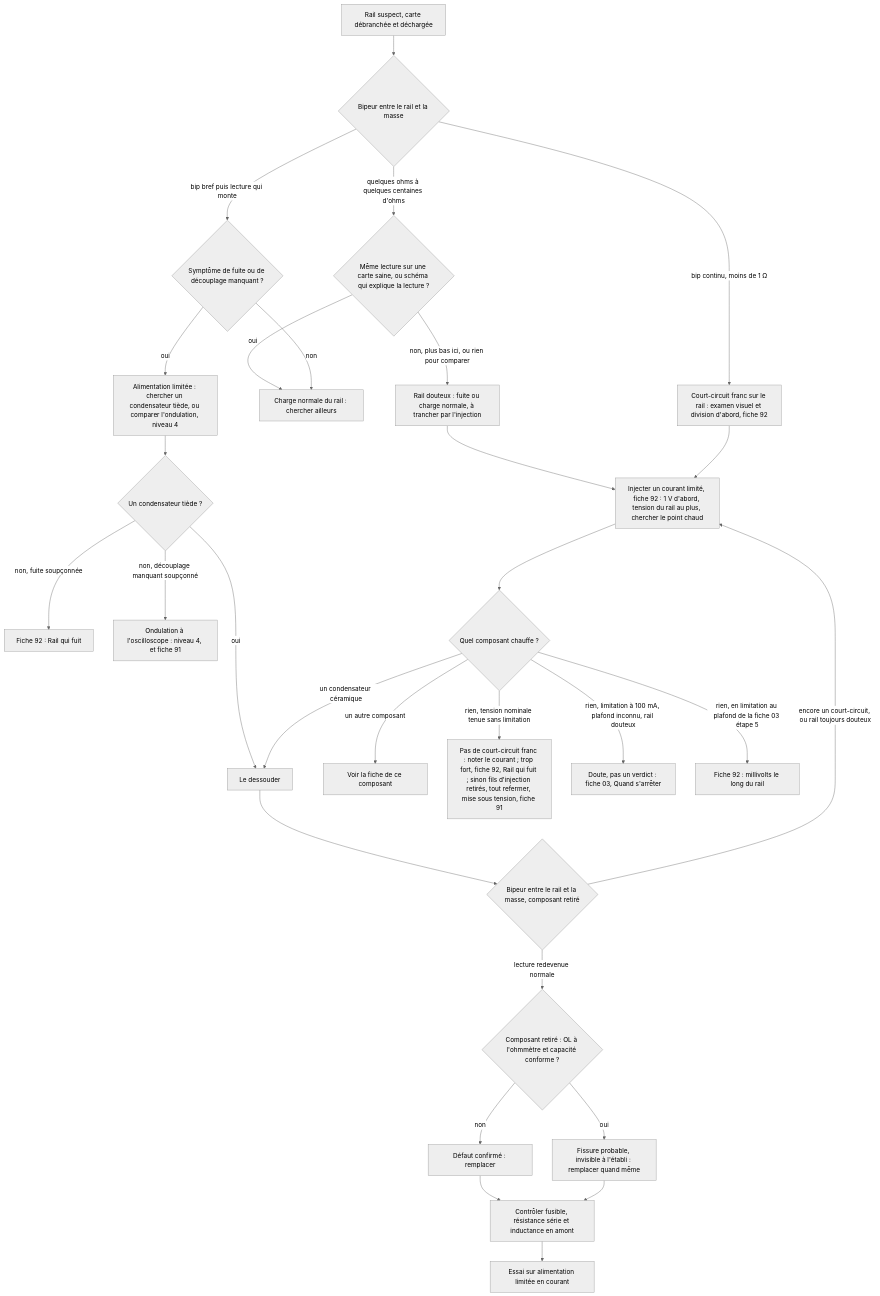
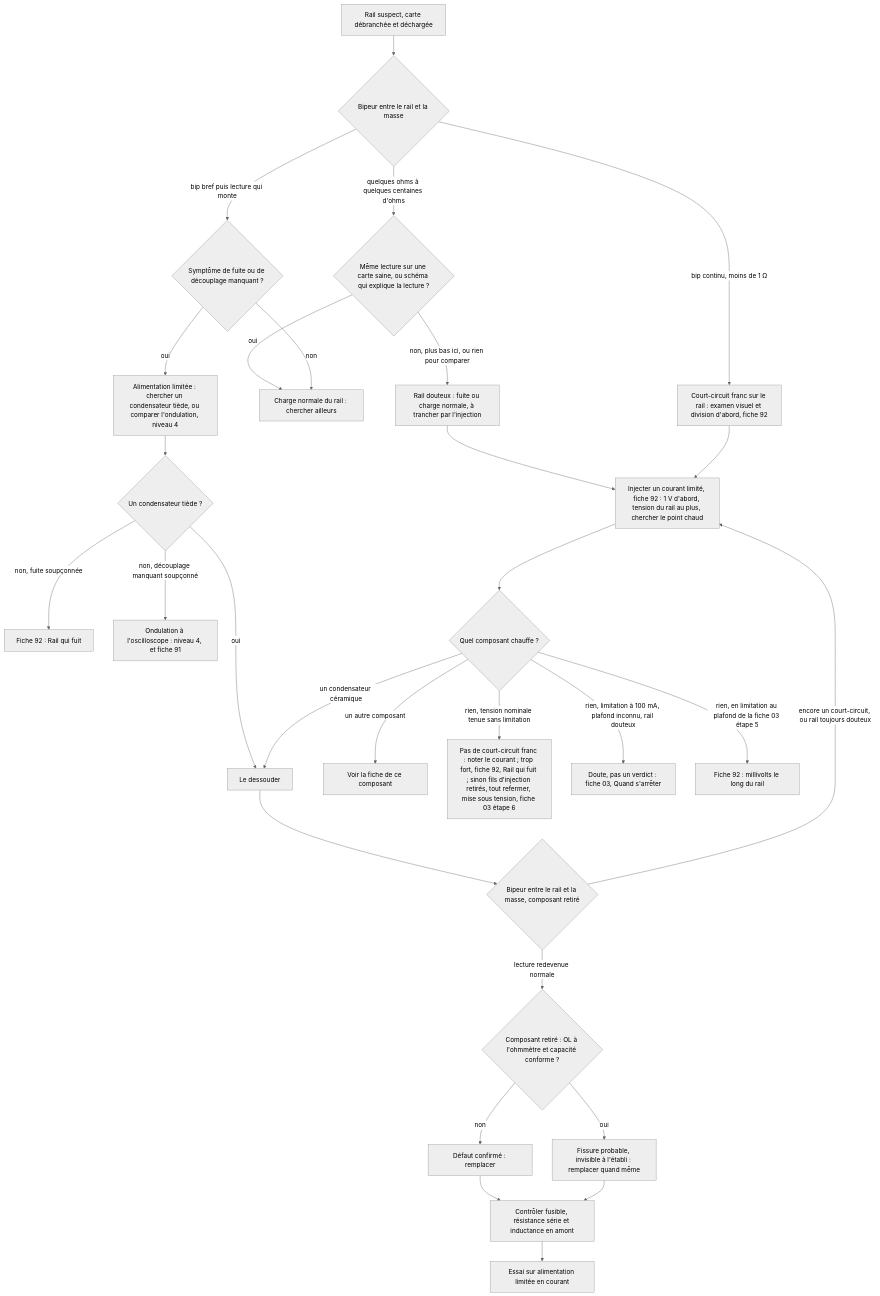
Before and after one commit to benoit-bremaud/ohm-sweet-ohm: the diagram in troubleshooting/20_condensateur_ceramique/README.md, drawn with Mermaid (neutral theme). The commit also changed other lines of this file and 5 other files, not shown here.

````diff
--- a/troubleshooting/20_condensateur_ceramique/README.md
+++ b/troubleshooting/20_condensateur_ceramique/README.md
@@ -166,31 +166,31 @@
 ```mermaid
 flowchart TD
   A[Rail suspect, carte débranchée et déchargée] --> B{Bipeur entre le rail et la masse}
   B -- bip continu, moins de 1 Ω --> C[Court-circuit franc sur le rail : examen visuel et division d'abord, fiche 92]
   B -- quelques ohms à quelques centaines d'ohms --> D{Même lecture sur une carte saine, ou schéma qui explique la lecture ?}
   D -- oui --> E[Charge normale du rail : chercher ailleurs]
   D -- non, plus bas ici, ou rien pour comparer --> C2[Rail douteux : fuite ou charge normale, à trancher par l'injection]
   C2 --> H
   B -- bip bref puis lecture qui monte --> F{Symptôme de fuite ou de découplage manquant ?}
   F -- non --> E
   F -- oui --> G[Alimentation limitée : chercher un condensateur tiède, ou comparer l'ondulation, niveau 4]
   G --> G2{Un condensateur tiède ?}
   G2 -- oui --> J
   G2 -- non, fuite soupçonnée --> ZC[Fiche 92 : Rail qui fuit]
   G2 -- non, découplage manquant soupçonné --> ZD[Ondulation à l'oscilloscope : niveau 4, et fiche 91]
   C --> H[Injecter un courant limité, fiche 92 : 1 V d'abord, tension du rail au plus, chercher le point chaud]
   H --> I{Quel composant chauffe ?}
   I -- un condensateur céramique --> J[Le dessouder]
   I -- un autre composant --> K[Voir la fiche de ce composant]
-  I -- rien, tension nominale tenue sans limitation --> ZA[Pas de court-circuit franc : noter le courant ; trop fort, fiche 92, Rail qui fuit ; sinon fils d'injection retirés, tout refermer, mise sous tension, fiche 91]
+  I -- rien, tension nominale tenue sans limitation --> ZA[Pas de court-circuit franc : noter le courant ; trop fort, fiche 92, Rail qui fuit ; sinon fils d'injection retirés, tout refermer, mise sous tension, fiche 03 étape 6]
   I -- rien, limitation à 100 mA, plafond inconnu, rail douteux --> ZB[Doute, pas un verdict : fiche 03, Quand s'arrêter]
   I -- rien, en limitation au plafond de la fiche 03 étape 5 --> L[Fiche 92 : millivolts le long du rail]
   J --> M{Bipeur entre le rail et la masse, composant retiré}
   M -- encore un court-circuit, ou rail toujours douteux --> H
   M -- lecture redevenue normale --> N{Composant retiré : OL à l'ohmmètre et capacité conforme ?}
   N -- non --> O[Défaut confirmé : remplacer]
   N -- oui --> P[Fissure probable, invisible à l'établi : remplacer quand même]
   O --> Q[Contrôler fusible, résistance série et inductance en amont]
   P --> Q
   Q --> R[Essai sur alimentation limitée en courant]
 ```
````
